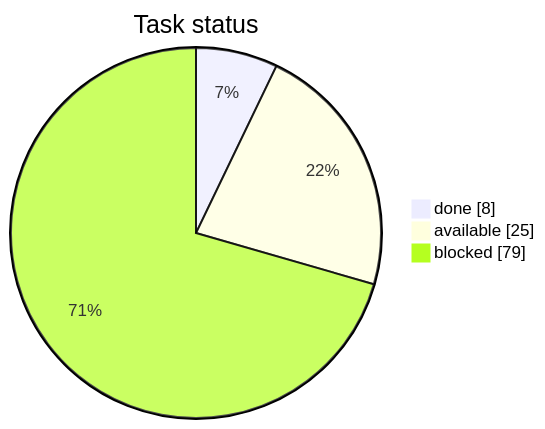
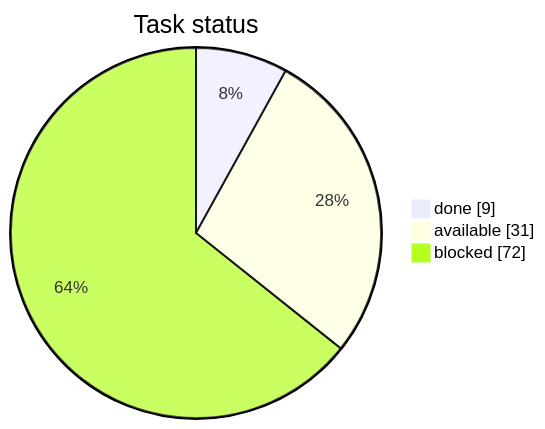
Before and after one commit to artemiiShabanov/RallyRivals: the first of 3 diagrams in STATUS.md, drawn with Mermaid. The commit also changed other lines of this file and 5 other files, not shown here.

````diff
--- a/STATUS.md
+++ b/STATUS.md
@@ -7,7 +7,7 @@
 ```mermaid
 pie showData
     title Task status
-    "done" : 8
-    "available" : 25
-    "blocked" : 79
+    "done" : 9
+    "available" : 31
+    "blocked" : 72
 ```
````
